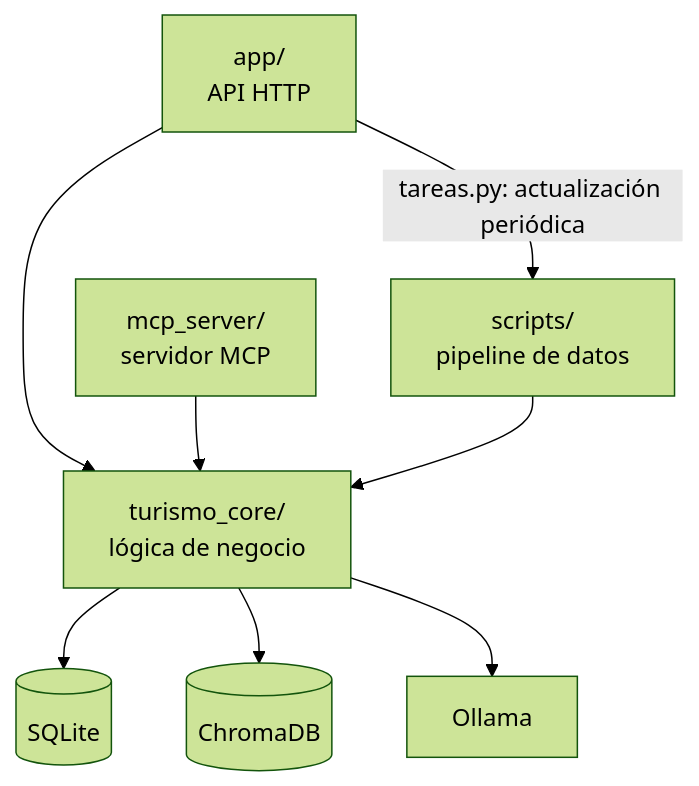
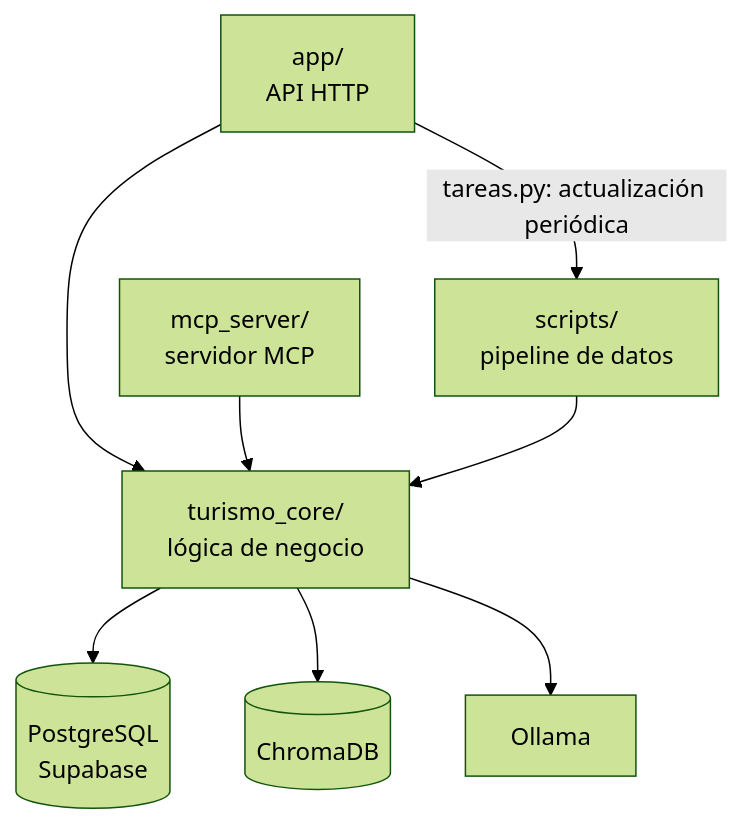
Before and after one commit to anxol-zip/RUMBO: the diagram in backend/README.md, drawn with Mermaid (forest theme). The commit also changed other lines of this file and 33 other files, not shown here.

Commit message:
feat: base de datos en Supabase (PostgreSQL) en lugar de SQLite

````diff
--- a/backend/README.md
+++ b/backend/README.md
@@ -18,10 +18,10 @@
 ```mermaid
 flowchart TD
     api["app/<br/>API HTTP"] --> nucleo["turismo_core/<br/>lógica de negocio"]
     servidor_mcp["mcp_server/<br/>servidor MCP"] --> nucleo
     scripts["scripts/<br/>pipeline de datos"] --> nucleo
     api -- "tareas.py: actualización periódica" --> scripts
-    nucleo --> sqlite[("SQLite")]
+    nucleo --> postgres[("PostgreSQL<br/>Supabase")]
     nucleo --> chroma[("ChromaDB")]
     nucleo --> ollama["Ollama"]
 ```
````
